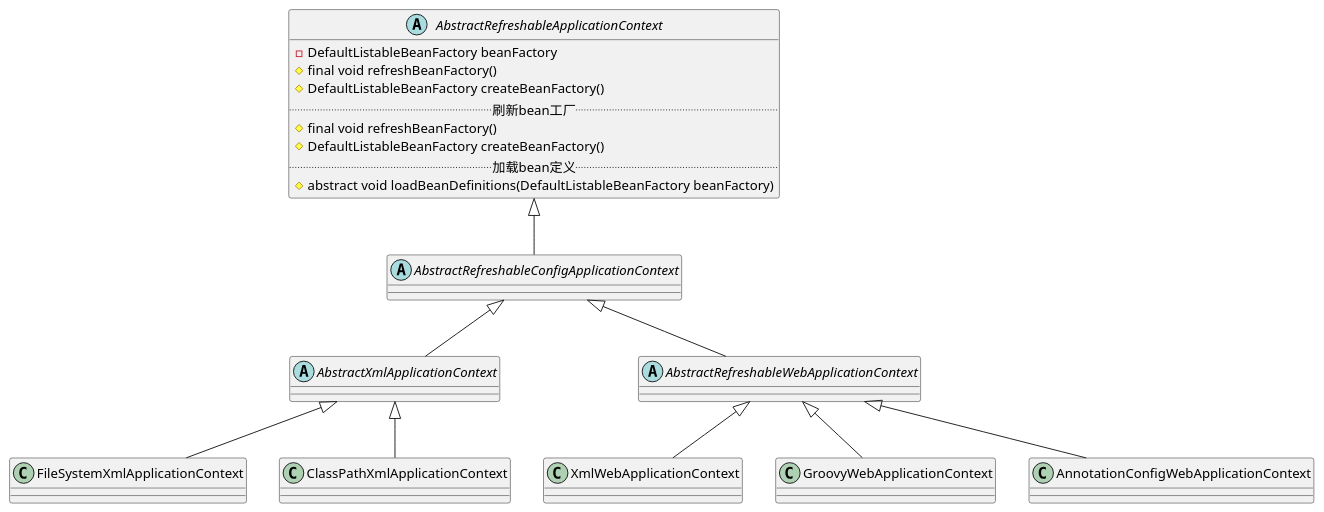
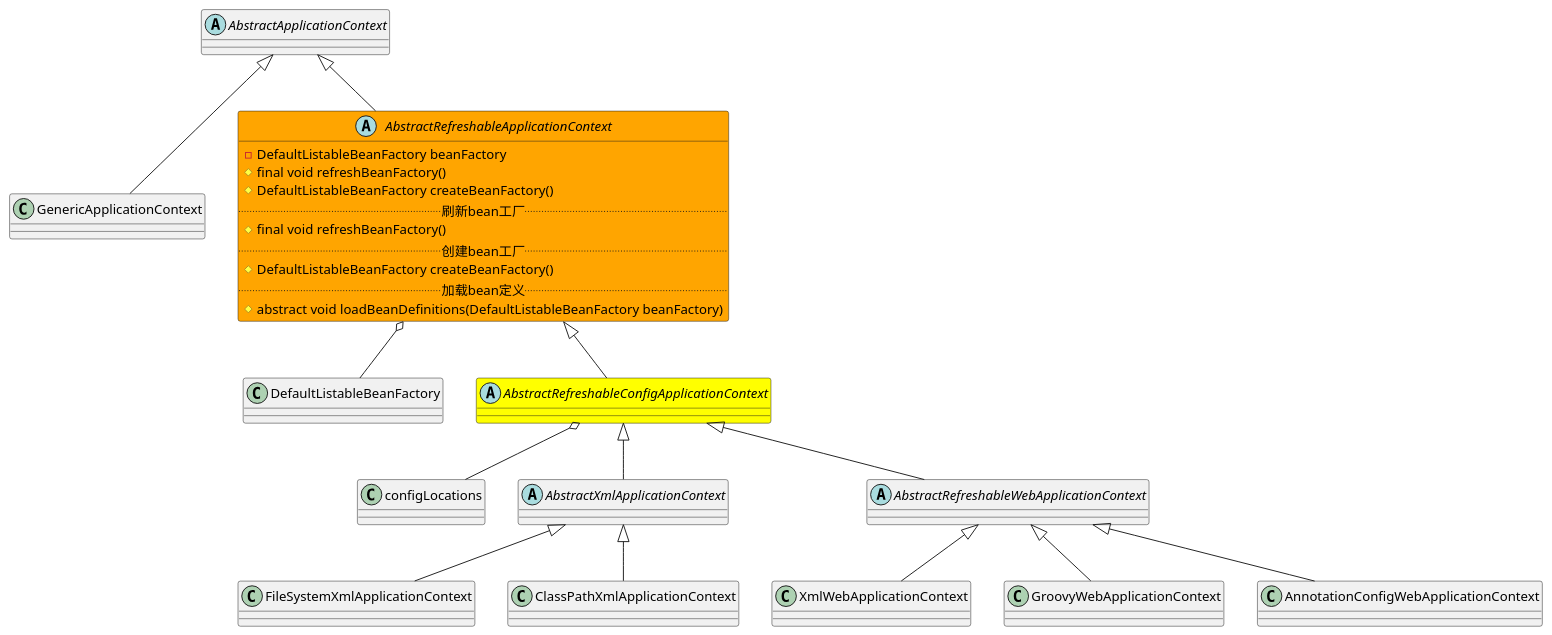
One commit to onlyonion/development changed the diagram in 20-framework/src/spring/spring-context/context/support/AbstractRefreshableApplicationContext.md. Above: the diagram before and after it, drawn with PlantUML. The commit also changed other lines of this file and 48 other files, not shown here.

````diff
--- a/20-framework/src/spring/spring-context/context/support/AbstractRefreshableApplicationContext.md
+++ b/20-framework/src/spring/spring-context/context/support/AbstractRefreshableApplicationContext.md
@@ -27,32 +36,42 @@
 ```plantuml
 @startuml
 
-abstract class AbstractRefreshableApplicationContext {
+abstract class AbstractApplicationContext
+class GenericApplicationContext
+AbstractApplicationContext ^-- AbstractRefreshableApplicationContext
+AbstractApplicationContext ^-- GenericApplicationContext
+
+''''''''''''''''''''''''''AbstractRefreshableApplicationContext''''''''''''''''''''''''''
+abstract class AbstractRefreshableApplicationContext #orange {
     - DefaultListableBeanFactory beanFactory
     # final void refreshBeanFactory()
     # DefaultListableBeanFactory createBeanFactory()
     .. 刷新bean工厂 ..
     # final void refreshBeanFactory()
+    .. 创建bean工厂 ..
     # DefaultListableBeanFactory createBeanFactory()
     .. 加载bean定义 ..
     # abstract void loadBeanDefinitions(DefaultListableBeanFactory beanFactory)
 }
 
-abstract class AbstractRefreshableConfigApplicationContext
+AbstractRefreshableApplicationContext o-- DefaultListableBeanFactory
+
+abstract class AbstractRefreshableConfigApplicationContext #yellow
+AbstractRefreshableConfigApplicationContext o-- configLocations
 AbstractRefreshableApplicationContext ^-- AbstractRefreshableConfigApplicationContext
 
 ''''''''''''''''''''''''''AbstractXmlApplicationContext''''''''''''''''''''''''''
 abstract class AbstractXmlApplicationContext
 AbstractRefreshableConfigApplicationContext ^-- AbstractXmlApplicationContext
 AbstractXmlApplicationContext ^-- FileSystemXmlApplicationContext
 AbstractXmlApplicationContext ^-- ClassPathXmlApplicationContext
 
 ''''''''''''''''''''''''''AbstractRefreshableWebApplicationContext''''''''''''''''''''''''''
 abstract class AbstractRefreshableWebApplicationContext
 AbstractRefreshableConfigApplicationContext ^-- AbstractRefreshableWebApplicationContext
 AbstractRefreshableWebApplicationContext ^-- XmlWebApplicationContext
 AbstractRefreshableWebApplicationContext ^-- GroovyWebApplicationContext
 AbstractRefreshableWebApplicationContext ^-- AnnotationConfigWebApplicationContext
 
 @enduml
 ```
````
